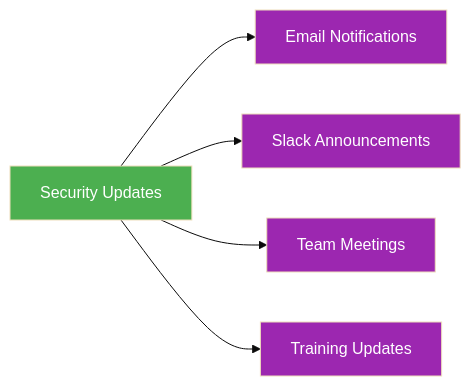
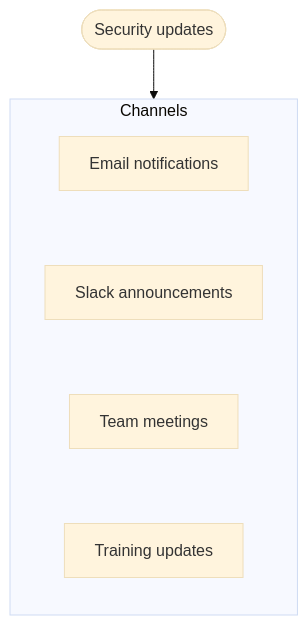
Before and after one commit to ultralytics/handbook: the second of 2 diagrams in docs/en/security/employee-security-compliance-requirements.md, drawn with Mermaid (base theme). The commit also changed other lines of this file and 16 other files, not shown here.

Commit message:
Migrate handbook Mermaid diagrams to the unified design system (#363)

````diff
--- a/docs/en/security/employee-security-compliance-requirements.md
+++ b/docs/en/security/employee-security-compliance-requirements.md
@@ -137,10 +139,10 @@
 ```mermaid
-graph LR
-    A[Security Updates]:::start --> B[Email Notifications]:::out
-    A --> C[Slack Announcements]:::out
-    A --> D[Team Meetings]:::out
-    A --> E[Training Updates]:::out
-
-    classDef start fill:#4CAF50,color:#fff
-    classDef out fill:#9C27B0,color:#fff
+flowchart TD
+    A([Security updates]) --> channels
+    subgraph channels["Channels"]
+        direction TB
+        B[Email notifications] ~~~ C[Slack announcements]
+        C ~~~ D[Team meetings]
+        D ~~~ E[Training updates]
+    end
 ```
````
